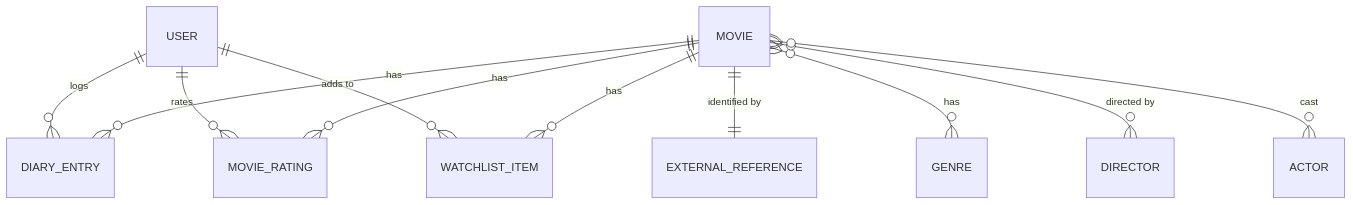
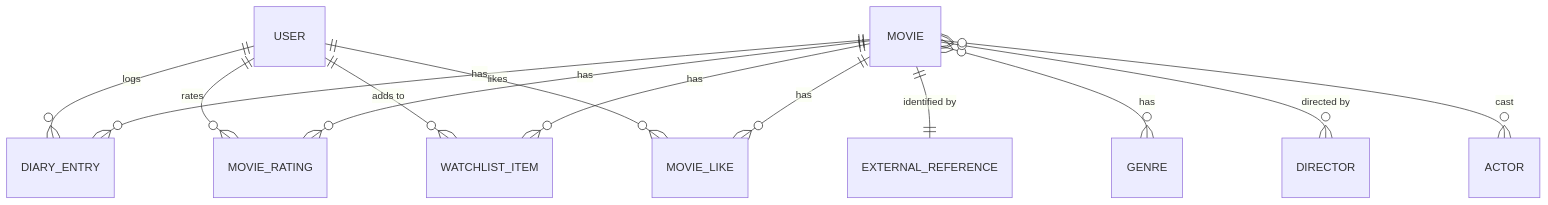
The diagram in docs/database/domain-model.md (jeotma/Frametric), drawn with Mermaid before and after one commit. The commit also changed other lines of this file and 5 other files, not shown here.

First line of the commit message:
feat: add MovieLike entity and update documentation

````diff
--- a/docs/database/domain-model.md
+++ b/docs/database/domain-model.md
@@ -7,15 +7,17 @@
 ```mermaid
 erDiagram
     USER ||--o{ DIARY_ENTRY : "logs"
     USER ||--o{ MOVIE_RATING : "rates"
     USER ||--o{ WATCHLIST_ITEM : "adds to"
+    USER ||--o{ MOVIE_LIKE : "likes"
     
     MOVIE ||--o{ DIARY_ENTRY : "has"
     MOVIE ||--o{ MOVIE_RATING : "has"
     MOVIE ||--o{ WATCHLIST_ITEM : "has"
+    MOVIE ||--o{ MOVIE_LIKE : "has"
     
     MOVIE ||--|| EXTERNAL_REFERENCE : "identified by"
     MOVIE }o--o{ GENRE : "has"
     MOVIE }o--o{ DIRECTOR : "directed by"
     MOVIE }o--o{ ACTOR : "cast"
 ```
````
